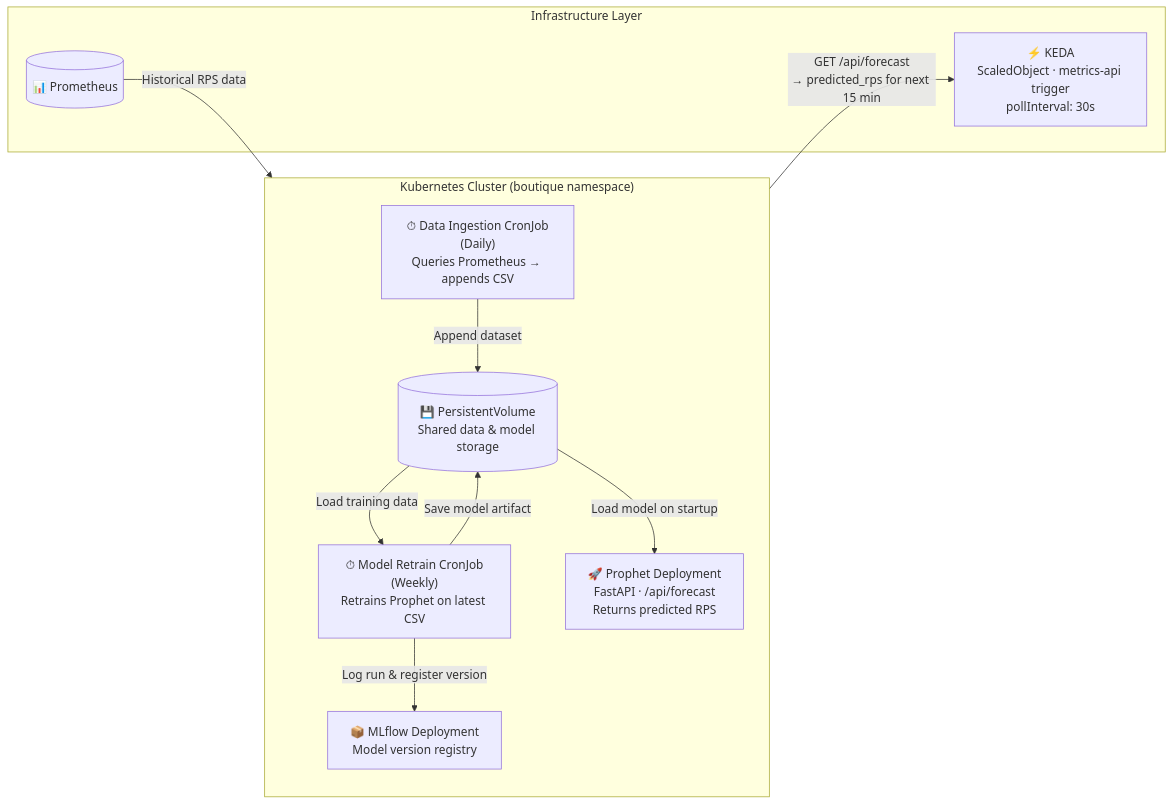
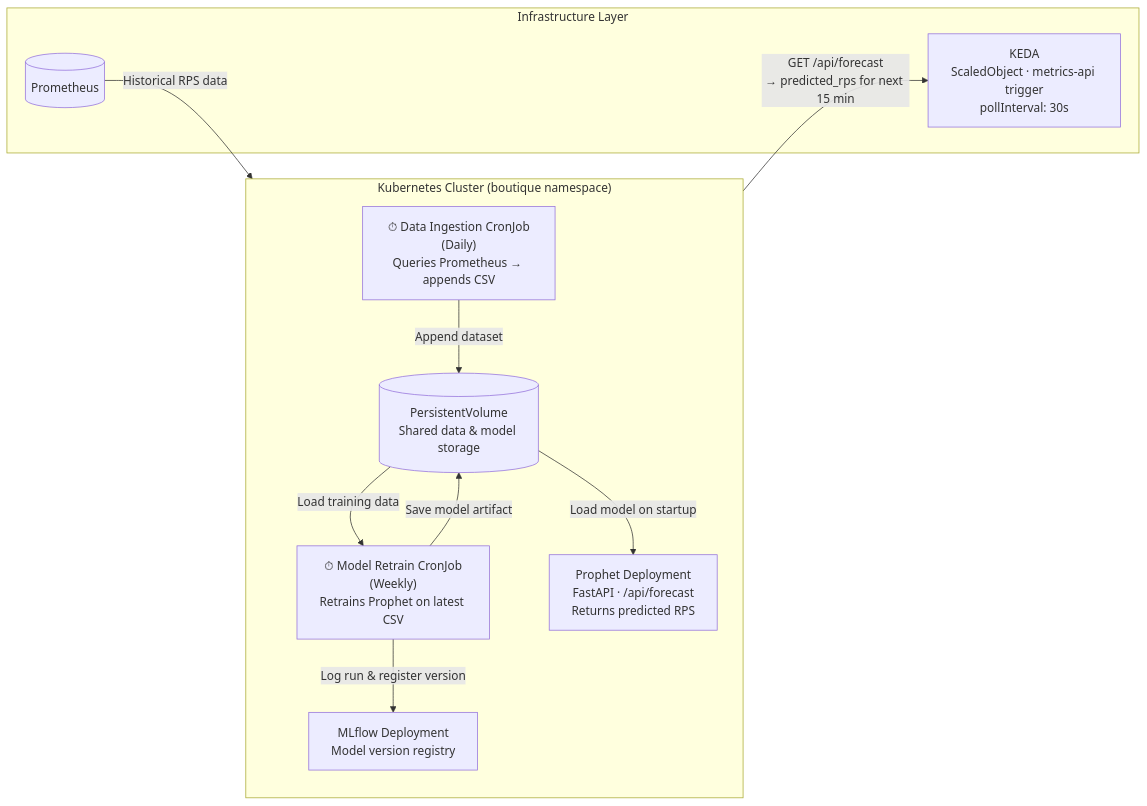
One commit to hmdat-1706/proactive-scaling-microservices changed the second of 3 diagrams in README.md. Above: the diagram before and after it, drawn with Mermaid.

````diff
--- a/README.md
+++ b/README.md
@@ -175,24 +175,24 @@
 ```mermaid
 graph LR
     subgraph K8S ["Kubernetes Cluster (boutique namespace)"]
         direction TB
         CJ1["⏱ Data Ingestion CronJob\n(Daily)\nQueries Prometheus → appends CSV"]
         CJ2["⏱ Model Retrain CronJob\n(Weekly)\nRetrains Prophet on latest CSV"]
-        PV[("💾 PersistentVolume\nShared data & model storage")]
-        MLflow["📦 MLflow Deployment\nModel version registry"]
-        Prophet["🚀 Prophet Deployment\nFastAPI · /api/forecast\nReturns predicted RPS"]
+        PV[("PersistentVolume\nShared data & model storage")]
+        MLflow["MLflow Deployment\nModel version registry"]
+        Prophet["Prophet Deployment\nFastAPI · /api/forecast\nReturns predicted RPS"]
     end
 
     subgraph INFRA ["Infrastructure Layer"]
-        Prometheus[("📊 Prometheus")]
-        KEDA["⚡ KEDA\nScaledObject · metrics-api trigger\npollInterval: 30s"]
+        Prometheus[("Prometheus")]
+        KEDA["KEDA\nScaledObject · metrics-api trigger\npollInterval: 30s"]
     end
 
     Prometheus -->|"Historical RPS data"| CJ1
     CJ1 -->|"Append dataset"| PV
     PV -->|"Load training data"| CJ2
     CJ2 -->|"Save model artifact"| PV
     PV -->|"Load model on startup"| Prophet
     CJ2 -->|"Log run & register version"| MLflow
     Prophet -->|"GET /api/forecast\n→ predicted_rps for next 15 min"| KEDA
 ```
````
